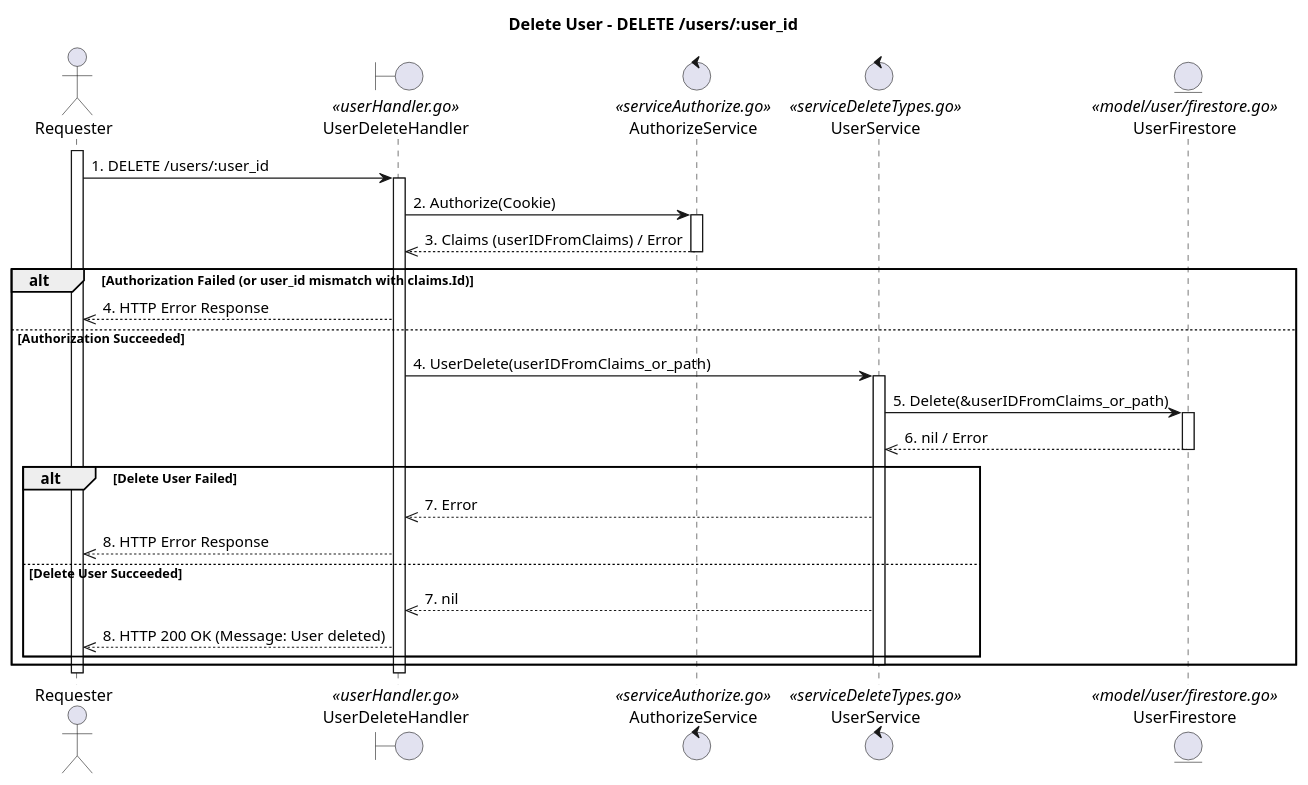
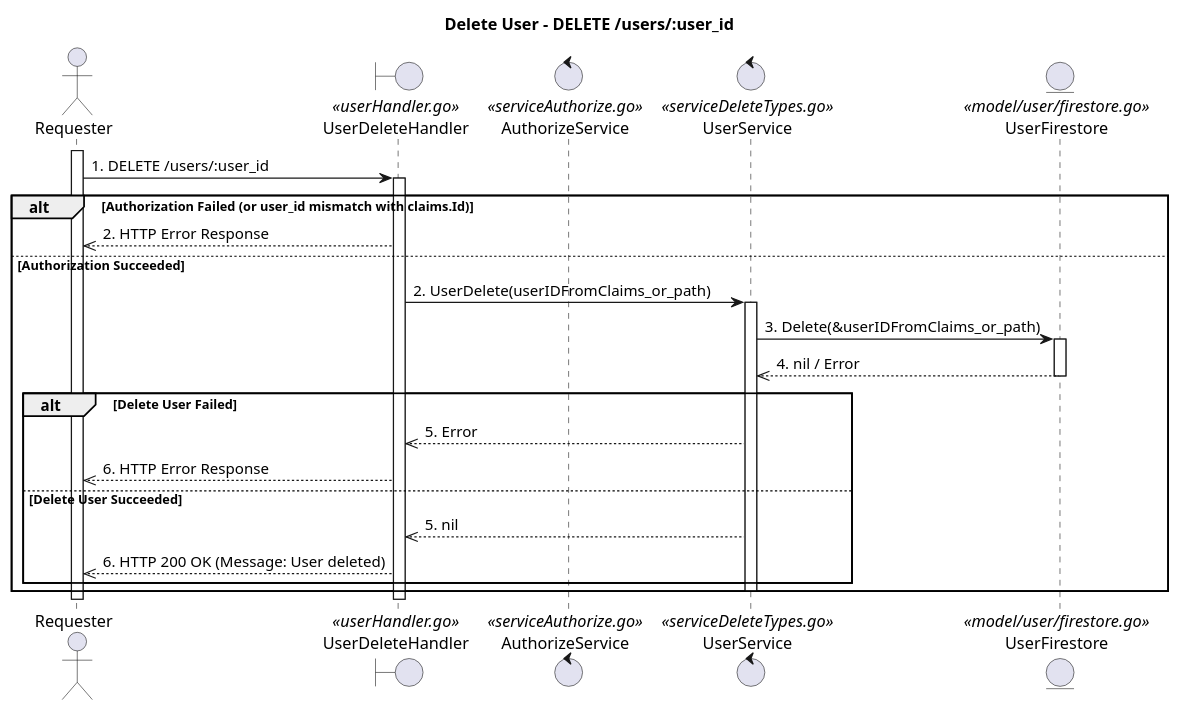
One commit to JulioKobayashiEbury/BankingAPI changed the diagram in docs/Delete/SequenciaDelteUser.puml. Above: the diagram before and after it, drawn with PlantUML. The commit also changed 44 other files, not shown here.

```diff
--- a/docs/Delete/SequenciaDelteUser.puml
+++ b/docs/Delete/SequenciaDelteUser.puml
@@ -1,43 +1,38 @@
 @startuml
 title Delete User - DELETE /users/:user_id
 
 actor Requester
 boundary UserDeleteHandler <<userHandler.go>>
 control AuthorizeService <<serviceAuthorize.go>>
 control UserService <<serviceDeleteTypes.go>>
 entity UserFirestore <<model/user/firestore.go>>
 
 activate Requester 
 
 Requester -> UserDeleteHandler : 1. DELETE /users/:user_id
 activate UserDeleteHandler
 
-UserDeleteHandler -> AuthorizeService : 2. Authorize(Cookie)
-activate AuthorizeService
-AuthorizeService -->> UserDeleteHandler : 3. Claims (userIDFromClaims) / Error
-deactivate AuthorizeService
-
 alt Authorization Failed (or user_id mismatch with claims.Id)
-    UserDeleteHandler -->> Requester : 4. HTTP Error Response
+    UserDeleteHandler -->> Requester : 2. HTTP Error Response
 else Authorization Succeeded
    
-    UserDeleteHandler -> UserService : 4. UserDelete(userIDFromClaims_or_path)
+    UserDeleteHandler -> UserService : 2. UserDelete(userIDFromClaims_or_path)
     activate UserService
-    UserService -> UserFirestore : 5. Delete(&userIDFromClaims_or_path)
+    UserService -> UserFirestore : 3. Delete(&userIDFromClaims_or_path)
     activate UserFirestore
-    UserFirestore -->> UserService : 6. nil / Error
+    UserFirestore -->> UserService : 4. nil / Error
     deactivate UserFirestore
     
     alt Delete User Failed
-        UserService -->> UserDeleteHandler : 7. Error
-        UserDeleteHandler -->> Requester : 8. HTTP Error Response
+        UserService -->> UserDeleteHandler : 5. Error
+        UserDeleteHandler -->> Requester : 6. HTTP Error Response
     else Delete User Succeeded
-        UserService -->> UserDeleteHandler : 7. nil
-        UserDeleteHandler -->> Requester : 8. HTTP 200 OK (Message: User deleted)
+        UserService -->> UserDeleteHandler : 5. nil
+        UserDeleteHandler -->> Requester : 6. HTTP 200 OK (Message: User deleted)
     end
     deactivate UserService
 end
 deactivate UserDeleteHandler
 
 deactivate Requester
 @enduml
```
